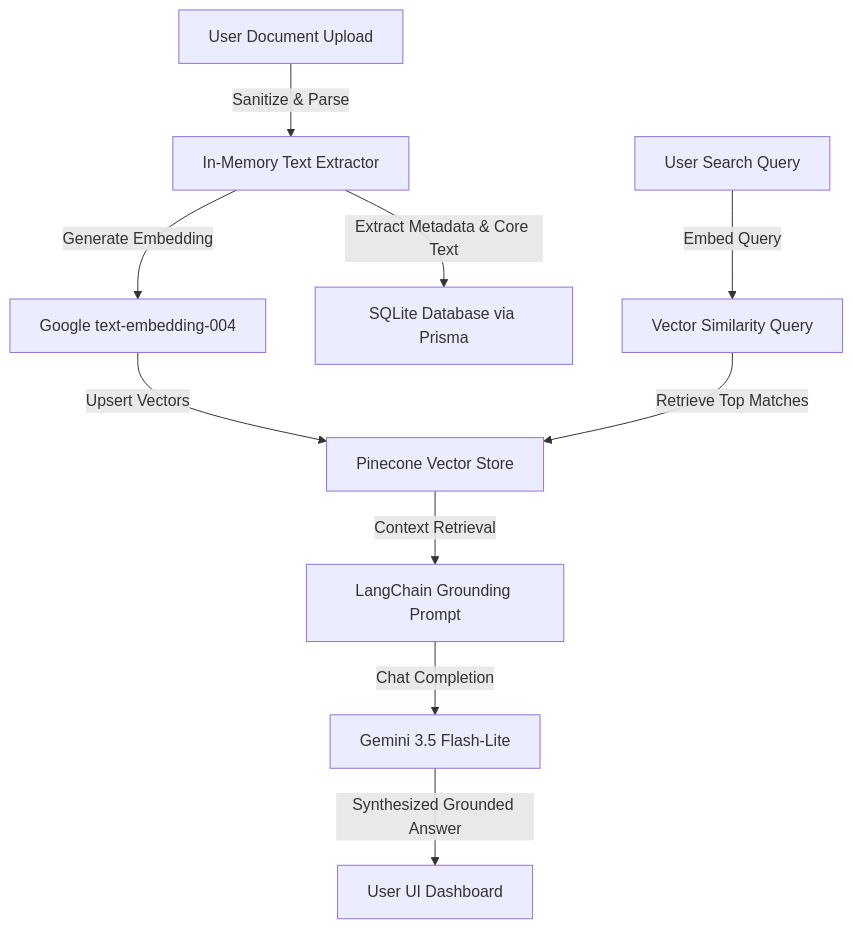
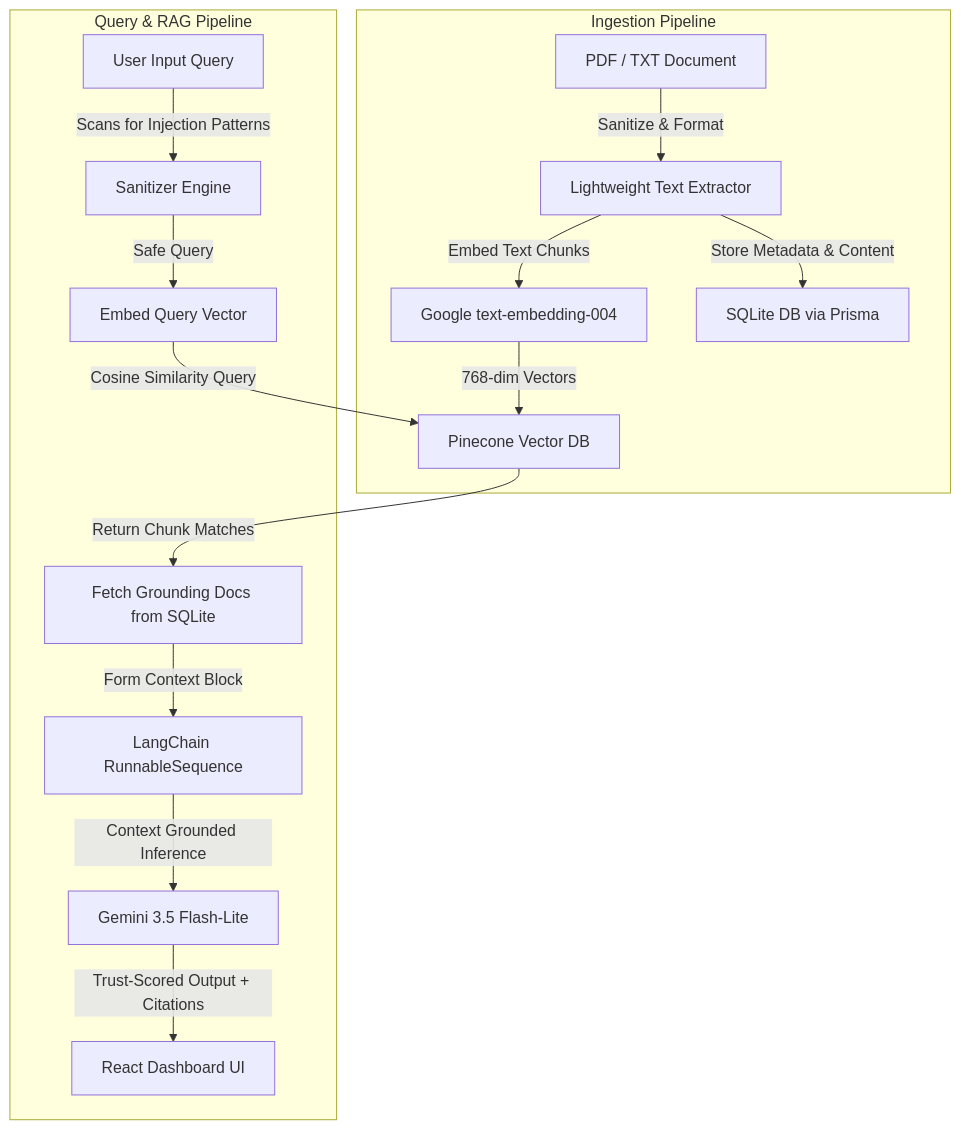
One commit to TechOrbiters/INDRA-AI changed the diagram in README.md. Above: the diagram before and after it, drawn with Mermaid. The commit also changed other lines of this file, not shown here.

Commit message:
Enhance README with deep-dive technical architecture and documentation

````diff
--- a/README.md
+++ b/README.md
@@ -42,13 +67,19 @@
 ```mermaid
-graph TD
-    A[User Document Upload] -->|Sanitize & Parse| B[In-Memory Text Extractor]
-    B -->|Generate Embedding| C[Google text-embedding-004]
-    C -->|Upsert Vectors| D[Pinecone Vector Store]
-    B -->|Extract Metadata & Core Text| E[SQLite Database via Prisma]
-    
-    F[User Search Query] -->|Embed Query| G[Vector Similarity Query]
-    G -->|Retrieve Top Matches| D
-    D -->|Context Retrieval| H[LangChain Grounding Prompt]
-    H -->|Chat Completion| I[Gemini 3.5 Flash-Lite]
-    I -->|Synthesized Grounded Answer| J[User UI Dashboard]
+flowchart TD
+    subgraph Ingestion Pipeline
+        Doc[PDF / TXT Document] -->|Sanitize & Format| Parse[Lightweight Text Extractor]
+        Parse -->|Embed Text Chunks| Embedder[Google text-embedding-004]
+        Embedder -->|768-dim Vectors| Pinecone[Pinecone Vector DB]
+        Parse -->|Store Metadata & Content| SQLite[SQLite DB via Prisma]
+    end
+
+    subgraph Query & RAG Pipeline
+        Query[User Input Query] -->|Scans for Injection Patterns| Sanitizer[Sanitizer Engine]
+        Sanitizer -->|Safe Query| QueryEmbed[Embed Query Vector]
+        QueryEmbed -->|Cosine Similarity Query| Pinecone
+        Pinecone -->|Return Chunk Matches| DBFetch[Fetch Grounding Docs from SQLite]
+        DBFetch -->|Form Context Block| LCEL[LangChain RunnableSequence]
+        LCEL -->|Context Grounded Inference| Gemini[Gemini 3.5 Flash-Lite]
+        Gemini -->|Trust-Scored Output + Citations| UI[React Dashboard UI]
+    end
 ```
````
